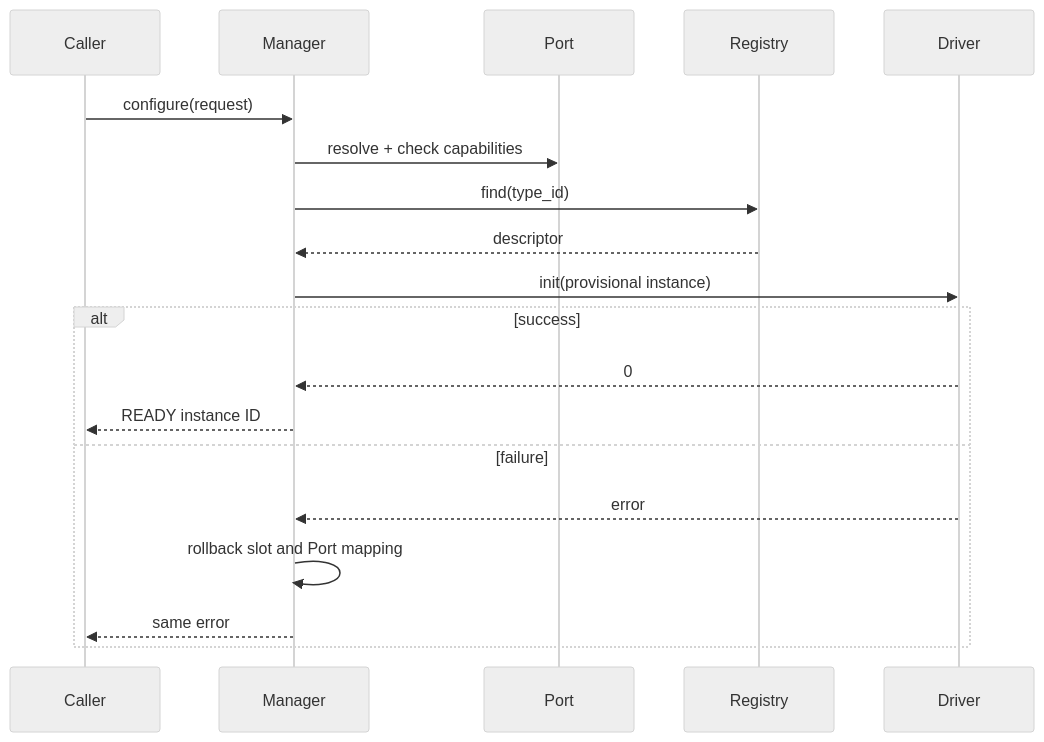
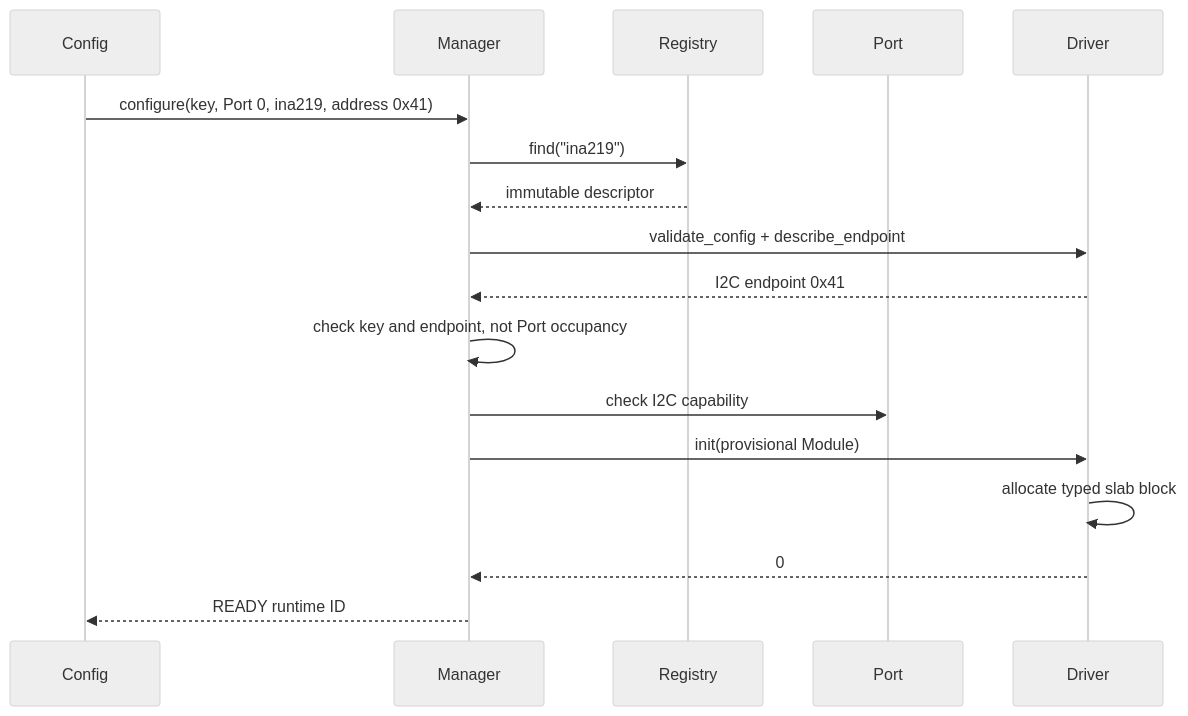
One commit to andreapiccini/SpaghettiLAB changed the diagram in Firmware/core/subsys/module_manager/README.md. Above: the diagram before and after it, drawn with Mermaid (neutral theme). The commit also changed other lines of this file and 62 other files, not shown here.

Commit message:
refactor to support for 1:N module in the same port

````diff
--- a/Firmware/core/subsys/module_manager/README.md
+++ b/Firmware/core/subsys/module_manager/README.md
@@ -173,21 +133,19 @@
 ```mermaid
 sequenceDiagram
-    participant Caller
+    participant Config
     participant Manager
+    participant Registry
     participant Port
-    participant Registry
     participant Driver
-    Caller->>Manager: configure(request)
-    Manager->>Port: resolve + check capabilities
-    Manager->>Registry: find(type_id)
-    Registry-->>Manager: descriptor
-    Manager->>Driver: init(provisional instance)
-    alt success
-        Driver-->>Manager: 0
-        Manager-->>Caller: READY instance ID
-    else failure
-        Driver-->>Manager: error
-        Manager->>Manager: rollback slot and Port mapping
-        Manager-->>Caller: same error
-    end
+    Config->>Manager: configure(key, Port 0, ina219, address 0x41)
+    Manager->>Registry: find("ina219")
+    Registry-->>Manager: immutable descriptor
+    Manager->>Driver: validate_config + describe_endpoint
+    Driver-->>Manager: I2C endpoint 0x41
+    Manager->>Manager: check key and endpoint, not Port occupancy
+    Manager->>Port: check I2C capability
+    Manager->>Driver: init(provisional Module)
+    Driver->>Driver: allocate typed slab block
+    Driver-->>Manager: 0
+    Manager-->>Config: READY runtime ID
 ```
````
